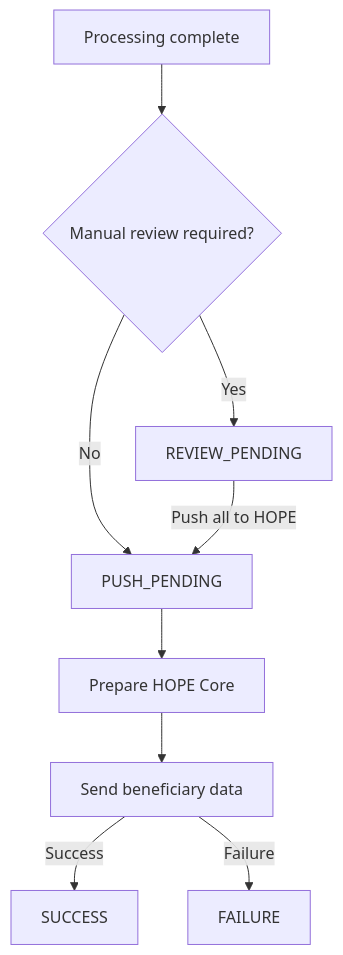
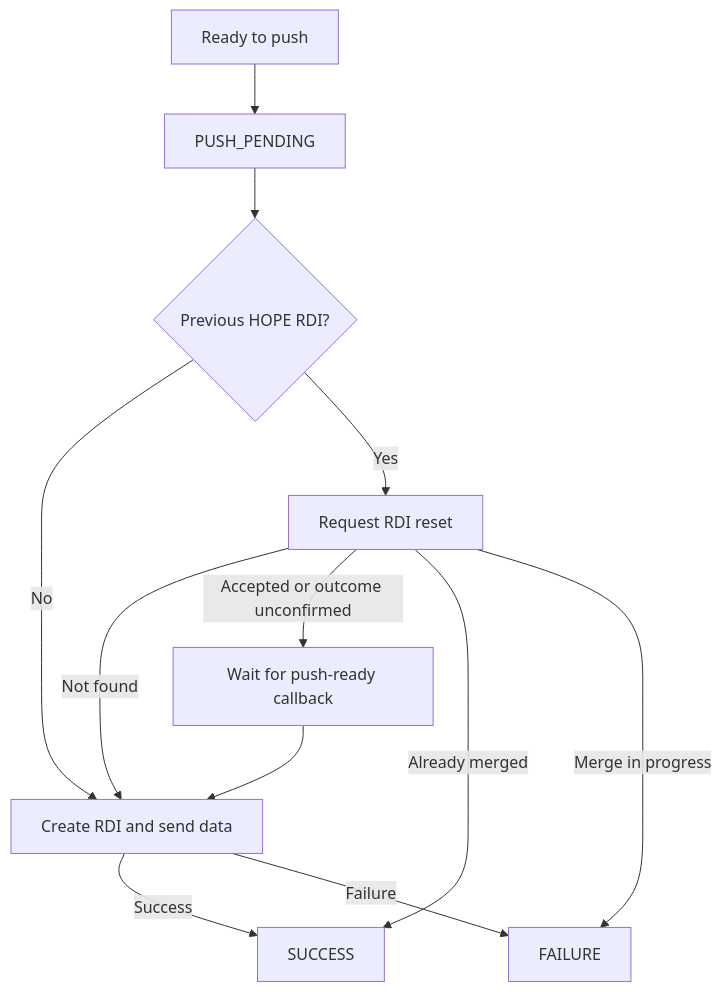
Before and after one commit to unicef/hope-country-workspace: the diagram in docs/src/rdp/push.md, drawn with Mermaid. The commit also changed other lines of this file and 21 other files, not shown here.

````diff
--- a/docs/src/rdp/push.md
+++ b/docs/src/rdp/push.md
@@ -13,11 +13,14 @@
 ```mermaid
 flowchart TD
-    A[Processing complete] --> B{Manual review required?}
-    B -->|No| C[PUSH_PENDING]
-    B -->|Yes| D[REVIEW_PENDING]
-    D -->|Push all to HOPE| C
-    C --> E[Prepare HOPE Core]
-    E --> F[Send beneficiary data]
-    F -->|Success| G[SUCCESS]
-    F -->|Failure| H[FAILURE]
+    A[Ready to push] --> B[PUSH_PENDING]
+    B --> C{Previous HOPE RDI?}
+    C -->|No| G[Create RDI and send data]
+    C -->|Yes| D[Request RDI reset]
+    D -->|Not found| G
+    D -->|Accepted or outcome unconfirmed| E[Wait for push-ready callback]
+    E --> G
+    D -->|Already merged| H[SUCCESS]
+    D -->|Merge in progress| I[FAILURE]
+    G -->|Success| H
+    G -->|Failure| I
 ```
````
